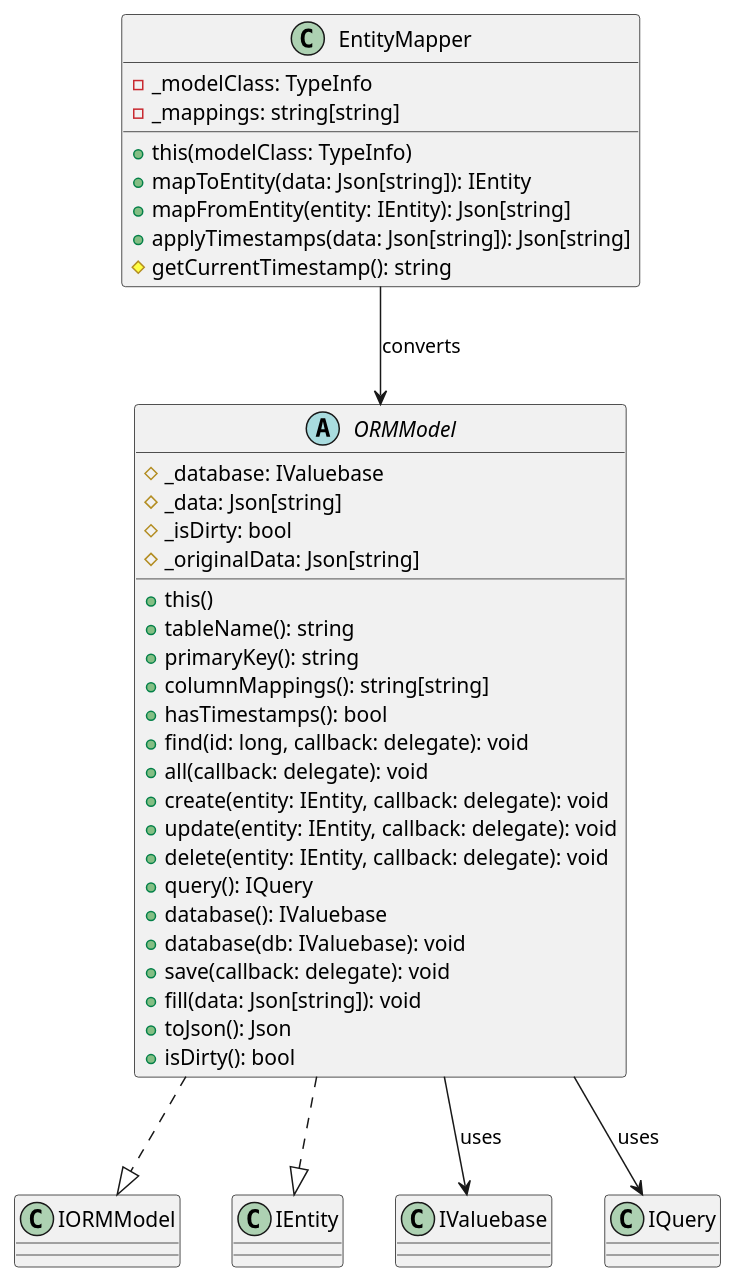
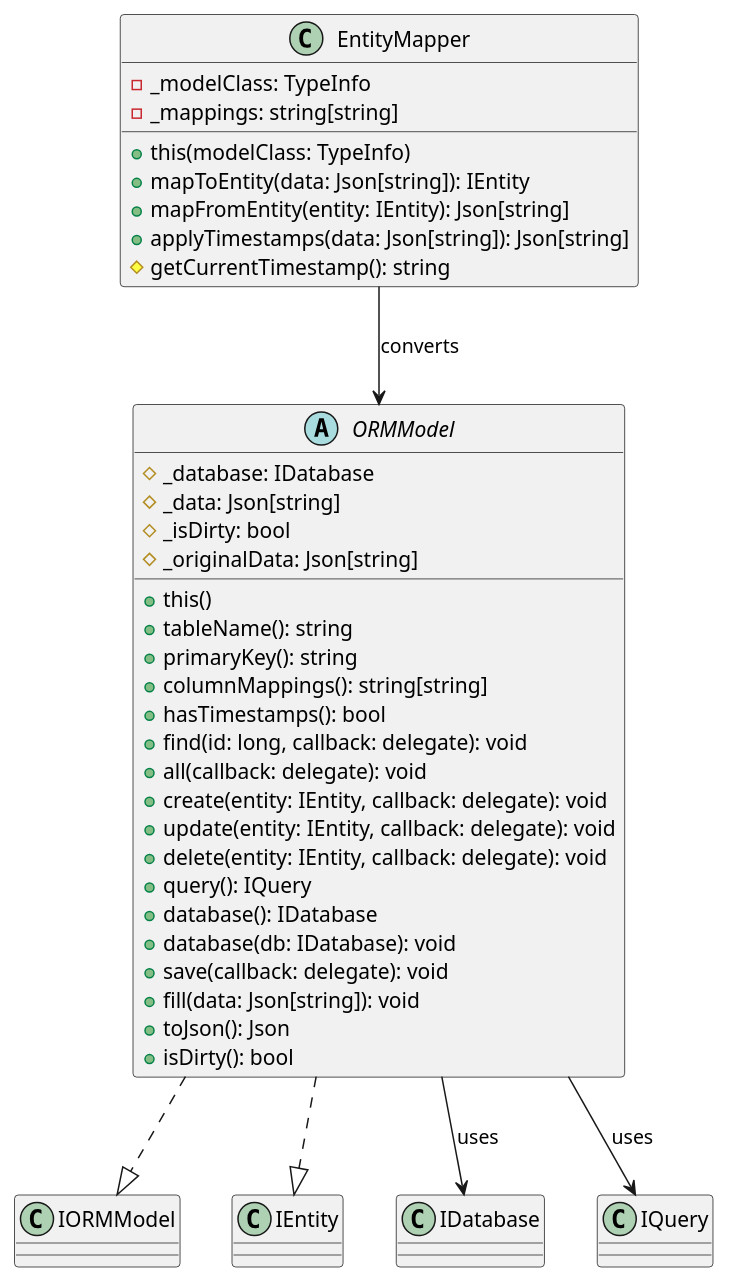
Before and after one commit to UIMSolutions/uim-framework: the fourth of 9 diagrams in orm/UML.md, drawn with PlantUML. The commit also changed other lines of this file and 21 other files, not shown here.

````diff
--- a/orm/UML.md
+++ b/orm/UML.md
@@ -185,47 +185,47 @@
 ```plantuml
 @startuml ORM_ModelMapping
 
 abstract class ORMModel {
-  # _database: IValuebase
+  # _database: IDatabase
   # _data: Json[string]
   # _isDirty: bool
   # _originalData: Json[string]
   
   + this()
   + tableName(): string
   + primaryKey(): string
   + columnMappings(): string[string]
   + hasTimestamps(): bool
   + find(id: long, callback: delegate): void
   + all(callback: delegate): void
   + create(entity: IEntity, callback: delegate): void
   + update(entity: IEntity, callback: delegate): void
   + delete(entity: IEntity, callback: delegate): void
   + query(): IQuery
-  + database(): IValuebase
-  + database(db: IValuebase): void
+  + database(): IDatabase
+  + database(db: IDatabase): void
   + save(callback: delegate): void
   + fill(data: Json[string]): void
   + toJson(): Json
   + isDirty(): bool
 }
 
 class EntityMapper {
   - _modelClass: TypeInfo
   - _mappings: string[string]
   
   + this(modelClass: TypeInfo)
   + mapToEntity(data: Json[string]): IEntity
   + mapFromEntity(entity: IEntity): Json[string]
   + applyTimestamps(data: Json[string]): Json[string]
   # getCurrentTimestamp(): string
 }
 
 ORMModel ..|> IORMModel
 ORMModel ..|> IEntity
-ORMModel --> IValuebase : uses
+ORMModel --> IDatabase : uses
 ORMModel --> IQuery : uses
 EntityMapper --> ORMModel : converts
 
 @enduml
 ```
````
